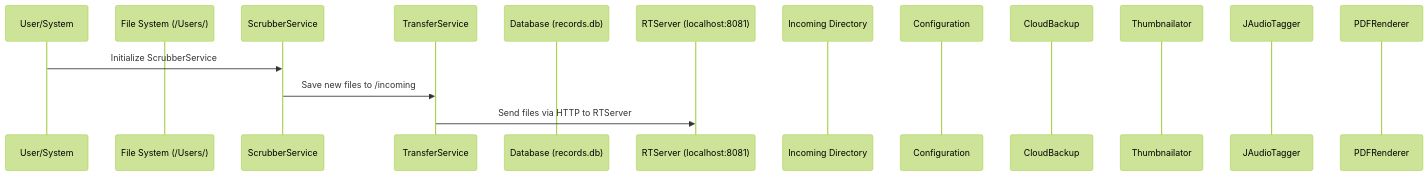
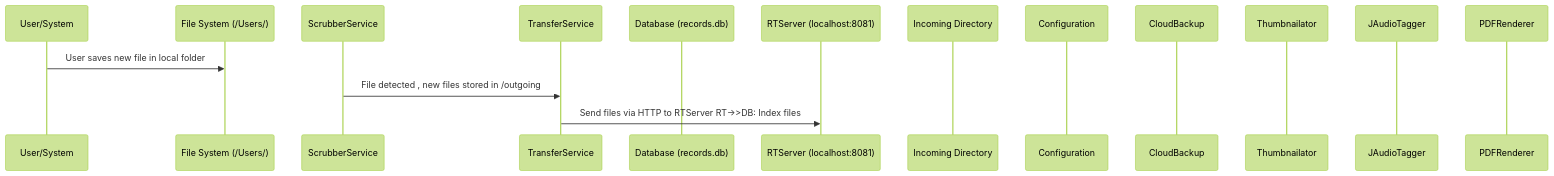
The diagram in Mainflow.md (sync-different/alt-core-docs), drawn with Mermaid (forest theme) before and after one commit.

````diff
--- a/Mainflow.md
+++ b/Mainflow.md
@@ -1,20 +1,20 @@
 ```mermaid
 sequenceDiagram
     participant User as User/System
     participant FS as File System (/Users/)
     participant SS as ScrubberService
     participant TS as TransferService
     participant DB as Database (records.db)
     participant RT as RTServer (localhost:8081)
     participant Incoming as Incoming Directory
     participant Config as Configuration
     participant CB as CloudBackup
     participant Thumb as Thumbnailator
     participant Audio as JAudioTagger
     participant PDF as PDFRenderer
 
-    User->>SS: Initialize ScrubberService
-	 SS->>TS: Save new files to /incoming
-	 TS->>RT: Send files via HTTP to RTServer	
+    User->>FS: User saves new file in local folder
+	 SS->>TS: File detected , new files stored in /outgoing
+	 TS->>RT: Send files via HTTP to RTServer	 RT->>DB: Index files
     
 ```
````
